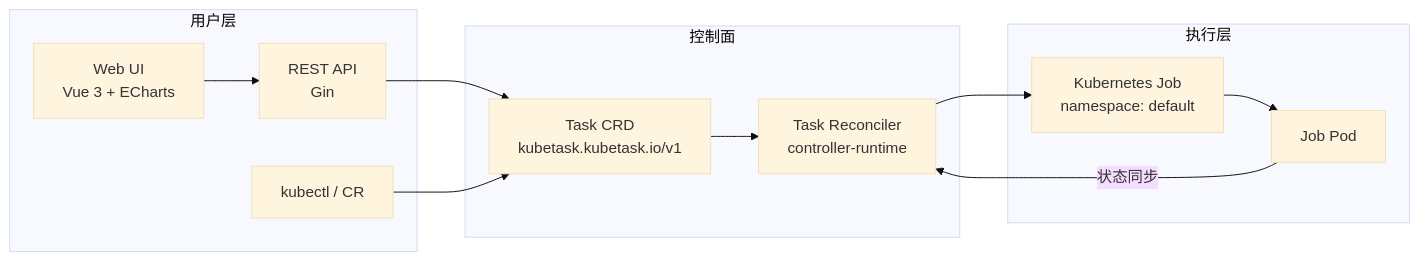
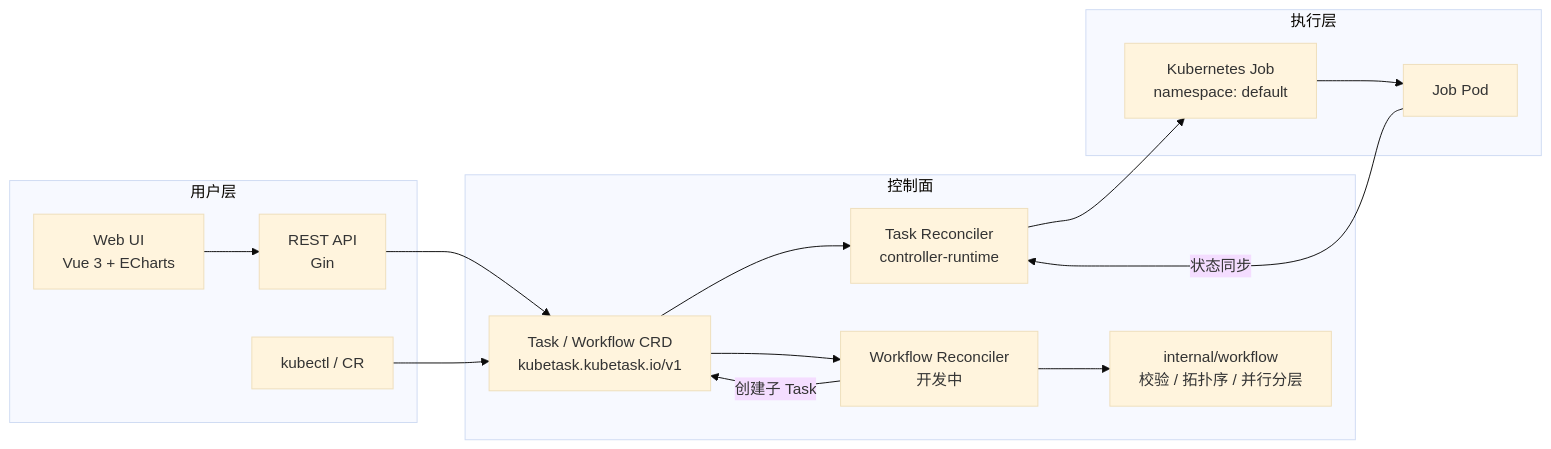
The diagram in README.md (CHYUQI/KubeTask), drawn with Mermaid (base theme) before and after one commit. The commit also changed other lines of this file and 6 other files, not shown here.

Commit message:
feat: add Workflow CRD and controller implementation with tests

````diff
--- a/README.md
+++ b/README.md
@@ -36,26 +46,31 @@
 ```mermaid
 flowchart LR
     subgraph 用户层
         UI[Web UI<br/>Vue 3 + ECharts]
         API[REST API<br/>Gin]
         CLI[kubectl / CR]
     end
 
     subgraph 控制面
-        CRD[Task CRD<br/>kubetask.kubetask.io/v1]
+        CRD[Task / Workflow CRD<br/>kubetask.kubetask.io/v1]
         CTRL[Task Reconciler<br/>controller-runtime]
+        WCTRL[Workflow Reconciler<br/>开发中]
+        DAGPKG[internal/workflow<br/>校验 / 拓扑序 / 并行分层]
     end
 
     subgraph 执行层
         JOB[Kubernetes Job<br/>namespace: default]
         POD[Job Pod]
     end
 
     UI --> API
     API --> CRD
     CLI --> CRD
     CRD --> CTRL
     CTRL --> JOB
     JOB --> POD
     POD -- 状态同步 --> CTRL
+    CRD --> WCTRL
+    WCTRL --> DAGPKG
+    WCTRL -- 创建子 Task --> CRD
 ```
````
